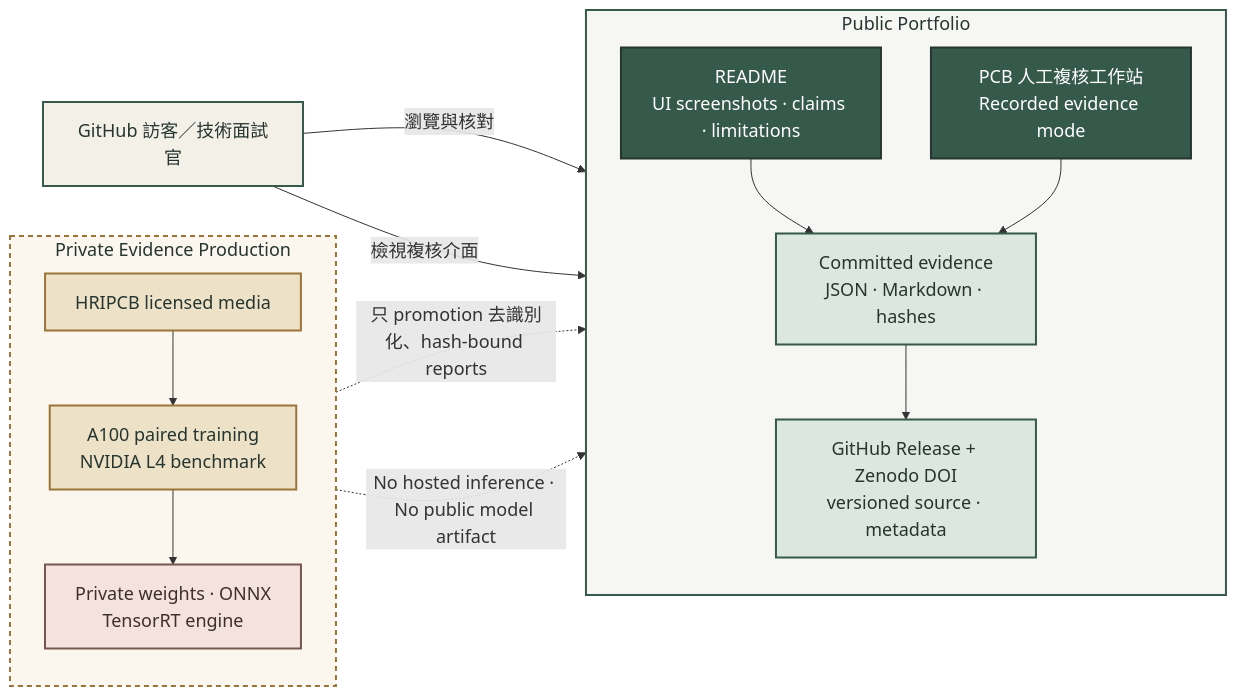
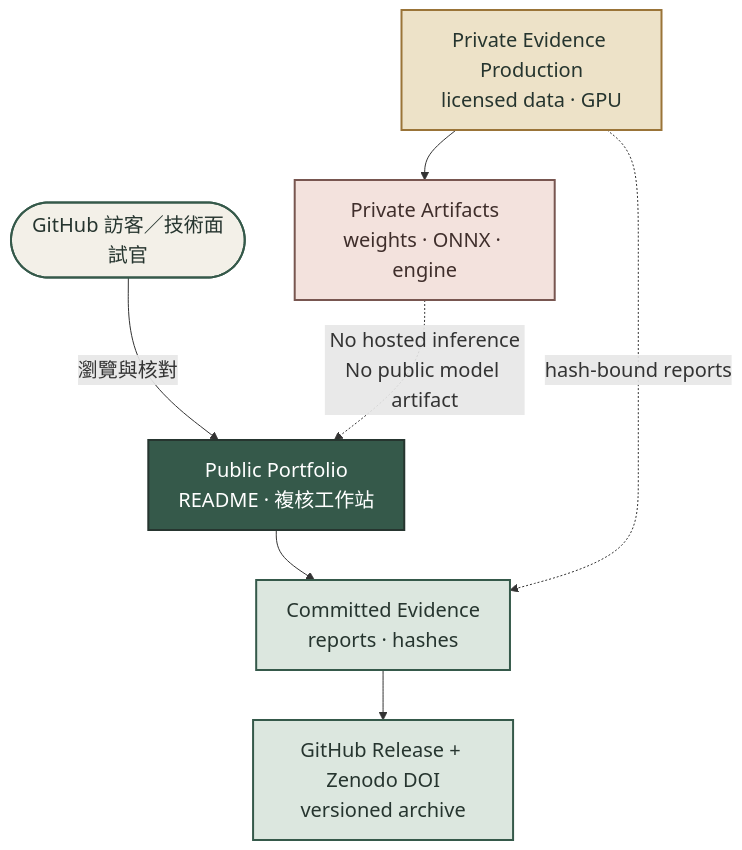
Before and after one commit to kuotunyu/pcb-defect-detection: the first of 5 diagrams in README.md, drawn with Mermaid. The commit also changed other lines of this file, not shown here.

Commit message:
docs: make README diagrams readable

````diff
--- a/README.md
+++ b/README.md
@@ -46,47 +46,31 @@
 ```mermaid
-%%{init: {'themeVariables': {'fontSize': '18px'}}}%%
-flowchart LR
+%%{init: {'themeVariables': {'fontSize': '20px'}}}%%
+flowchart TB
     accTitle: PCB 瑕疵偵測系統全貌與公開證據邊界
-    accDescr: GitHub 訪客透過 README 與人工複核工作站閱讀 committed evidence；受授權資料、GPU 訓練與私有模型 artifacts 不進入 public repository。
+    accDescr: GitHub 訪客由公開作品集閱讀 committed evidence；受授權資料、GPU 工作與模型 artifacts 留在 private boundary，只發布 hash-bound reports。
 
-    Visitor["GitHub 訪客／技術面試官"]
+    Visitor(["GitHub 訪客／技術面試官"])
+    Portfolio["Public Portfolio<br/>README · 複核工作站"]
+    Evidence["Committed Evidence<br/>reports · hashes"]
+    Production["Private Evidence Production<br/>licensed data · GPU"]
+    Artifacts["Private Artifacts<br/>weights · ONNX · engine"]
+    Archive["GitHub Release + Zenodo DOI<br/>versioned archive"]
 
-    subgraph Public["Public Portfolio"]
-        direction TB
-        Readme["README<br/>UI screenshots · claims · limitations"]
-        Workstation["PCB 人工複核工作站<br/>Recorded evidence mode"]
-        Evidence["Committed evidence<br/>JSON · Markdown · hashes"]
-        Archive["GitHub Release + Zenodo DOI<br/>versioned source · metadata"]
-    end
-
-    subgraph Private["Private Evidence Production"]
-        direction TB
-        Media["HRIPCB licensed media"]
-        Compute["A100 paired training<br/>NVIDIA L4 benchmark"]
-        Artifacts["Private weights · ONNX<br/>TensorRT engine"]
-    end
-
-    Visitor -->|瀏覽與核對| Readme
-    Visitor -->|檢視複核介面| Workstation
-    Readme --> Evidence
-    Workstation --> Evidence
-    Evidence --> Archive
-    Media --> Compute --> Artifacts
-    Compute -.->|只 promotion 去識別化、hash-bound reports| Evidence
-    Artifacts -.->|No hosted inference · No public model artifact| Workstation
+    Visitor -->|瀏覽與核對| Portfolio
+    Portfolio --> Evidence --> Archive
+    Production --> Artifacts
+    Production -.->|hash-bound reports| Evidence
+    Artifacts -.->|No hosted inference<br/>No public model artifact| Portfolio
 
     classDef actor fill:#F3F0E8,stroke:#35594A,stroke-width:2px,color:#26352F
     classDef public fill:#35594A,stroke:#26352F,stroke-width:2px,color:#FFFFFF
     classDef evidence fill:#DCE7DF,stroke:#35594A,stroke-width:2px,color:#26352F
     classDef private fill:#EDE2C8,stroke:#9A7438,stroke-width:2px,color:#26352F
     classDef blocked fill:#F3E2DD,stroke:#785650,stroke-width:2px,color:#3F2E2B
 
     class Visitor actor
-    class Readme,Workstation public
+    class Portfolio public
     class Evidence,Archive evidence
-    class Media,Compute private
+    class Production private
     class Artifacts blocked
-
-    style Public fill:#F6F7F4,stroke:#35594A,stroke-width:2px,color:#26352F
-    style Private fill:#FBF7EE,stroke:#9A7438,stroke-width:2px,color:#26352F,stroke-dasharray:5 4
 ```
````
